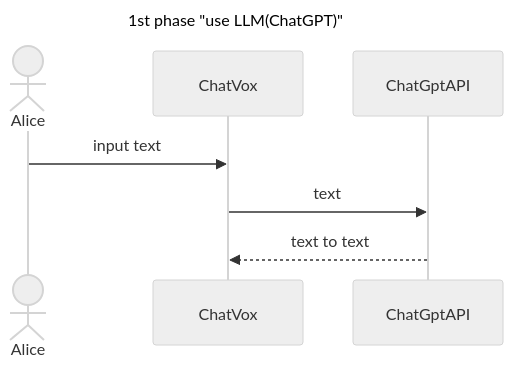
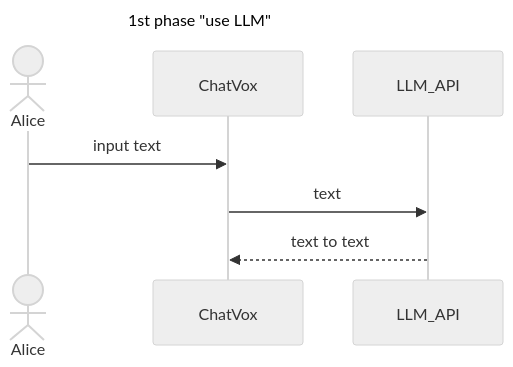
One commit to ted-sharp/chatvox changed the first of 3 diagrams in doc/milestone.md. Above: the diagram before and after it, drawn with Mermaid (neutral theme). The commit also changed other lines of this file, not shown here.

````diff
--- a/doc/milestone.md
+++ b/doc/milestone.md
@@ -14,12 +13,12 @@
 ```mermaid
 sequenceDiagram
-    title: 1st phase "use LLM(ChatGPT)"
+    title: 1st phase "use LLM"
 
     actor Alice
     participant ChatVox
-    participant ChatGptAPI
+    participant LLM_API
 
     Alice->>ChatVox: input text
-    ChatVox->>ChatGptAPI: text
-    ChatGptAPI-->>ChatVox: text to text
+    ChatVox->>LLM_API: text
+    LLM_API-->>ChatVox: text to text
 ```
````
